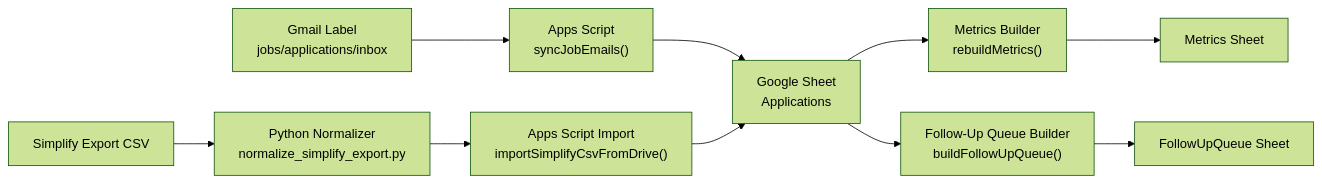
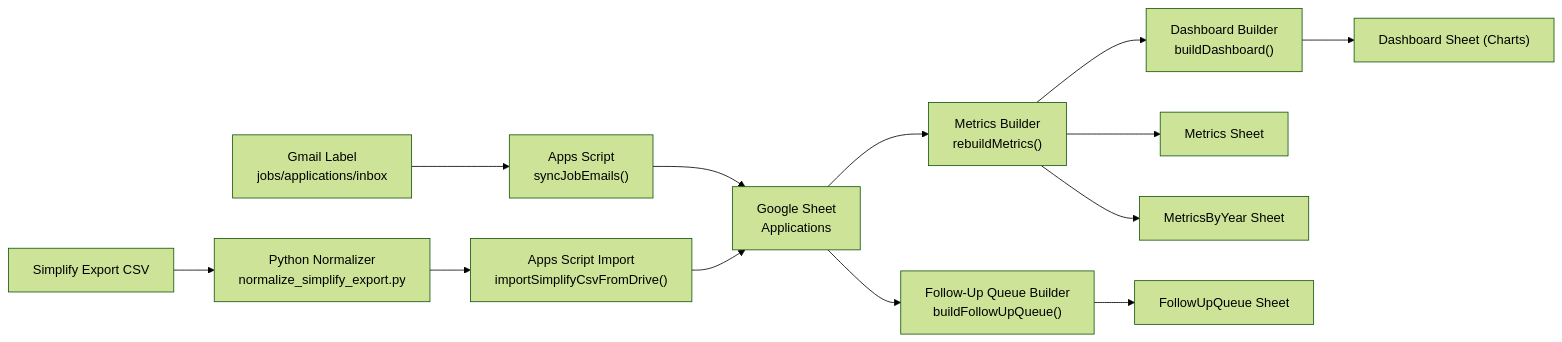
The diagram in README.md (Makhafagy/job-funnel-automator), drawn with Mermaid (forest theme) before and after one commit. The commit also changed other lines of this file and 1 other file, not shown here.

Commit message:
Add yearly metrics and dashboard charts for job funnel

````diff
--- a/README.md
+++ b/README.md
@@ -24,14 +26,17 @@
 ```mermaid
 flowchart LR
     A["Gmail Label<br/>jobs/applications/inbox"] --> B["Apps Script<br/>syncJobEmails()"]
     B --> C["Google Sheet<br/>Applications"]
 
     D["Simplify Export CSV"] --> E["Python Normalizer<br/>normalize_simplify_export.py"]
     E --> F["Apps Script Import<br/>importSimplifyCsvFromDrive()"]
     F --> C
 
     C --> G["Metrics Builder<br/>rebuildMetrics()"]
+    G --> L["Dashboard Builder<br/>buildDashboard()"]
     C --> H["Follow-Up Queue Builder<br/>buildFollowUpQueue()"]
     G --> I["Metrics Sheet"]
+    G --> K["MetricsByYear Sheet"]
+    L --> M["Dashboard Sheet (Charts)"]
     H --> J["FollowUpQueue Sheet"]
 ```
````
